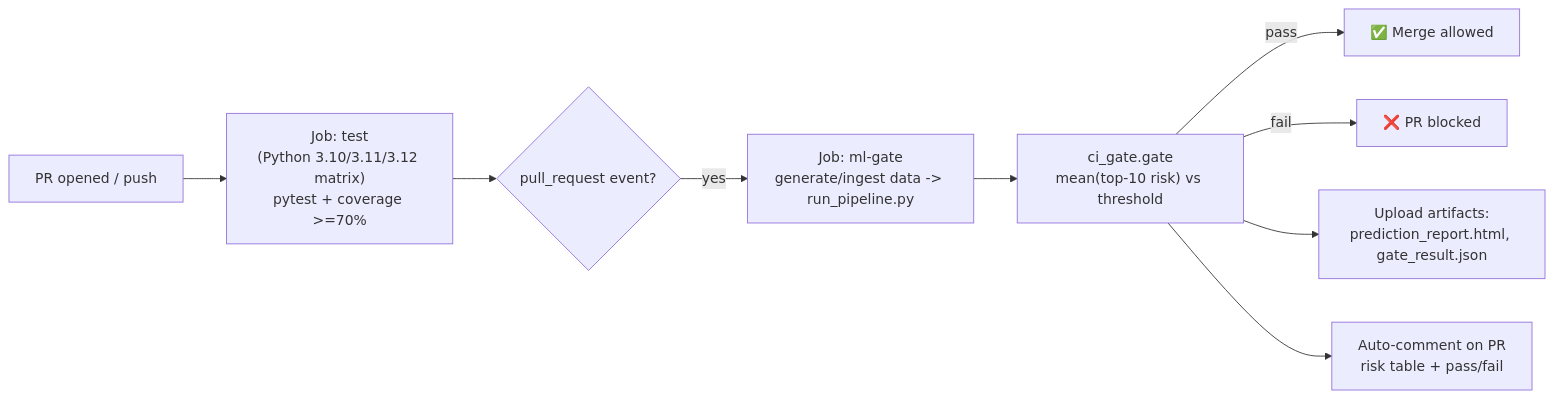
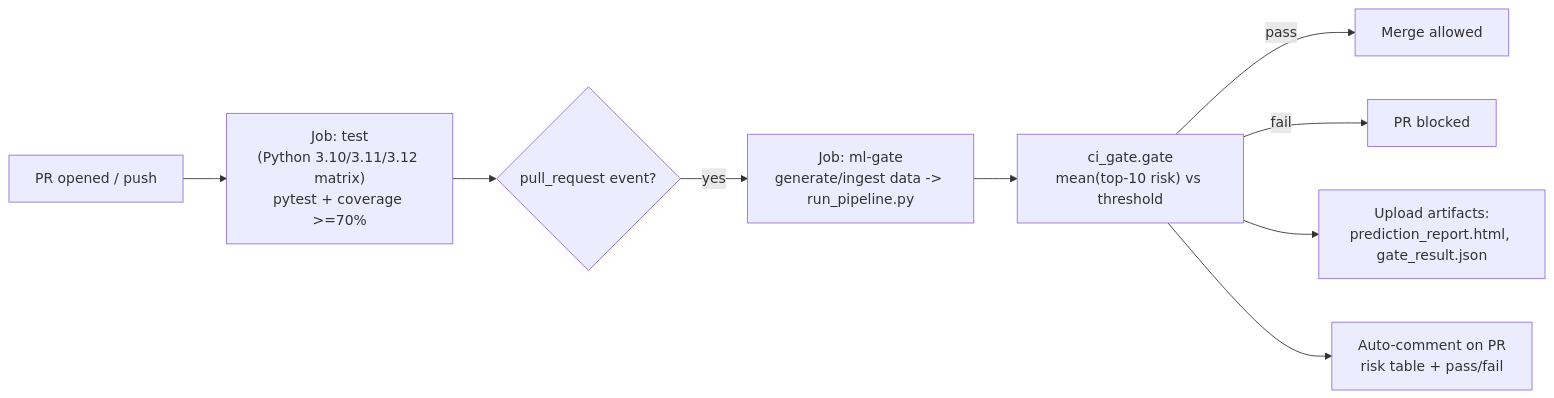
The third of 3 diagrams in ARCHITECTURE.md (sushilmishra1/qa_ml_framework), drawn with Mermaid before and after one commit. The commit also changed other lines of this file and 20 other files, not shown here.

````diff
--- a/ARCHITECTURE.md
+++ b/ARCHITECTURE.md
@@ -104,11 +104,11 @@
 ```mermaid
 flowchart LR
     PR["PR opened / push"] --> T["Job: test\n(Python 3.10/3.11/3.12 matrix)\npytest + coverage >=70%"]
     T --> MG{"pull_request event?"}
     MG -- yes --> G1["Job: ml-gate\ngenerate/ingest data -> run_pipeline.py"]
     G1 --> G2["ci_gate.gate\nmean(top-10 risk) vs threshold"]
-    G2 -- pass --> M["✅ Merge allowed"]
-    G2 -- fail --> B["❌ PR blocked"]
+    G2 -- pass --> M["Merge allowed"]
+    G2 -- fail --> B["PR blocked"]
     G2 --> Art["Upload artifacts:\nprediction_report.html, gate_result.json"]
     G2 --> Cmt["Auto-comment on PR\nrisk table + pass/fail"]
 ```
````
